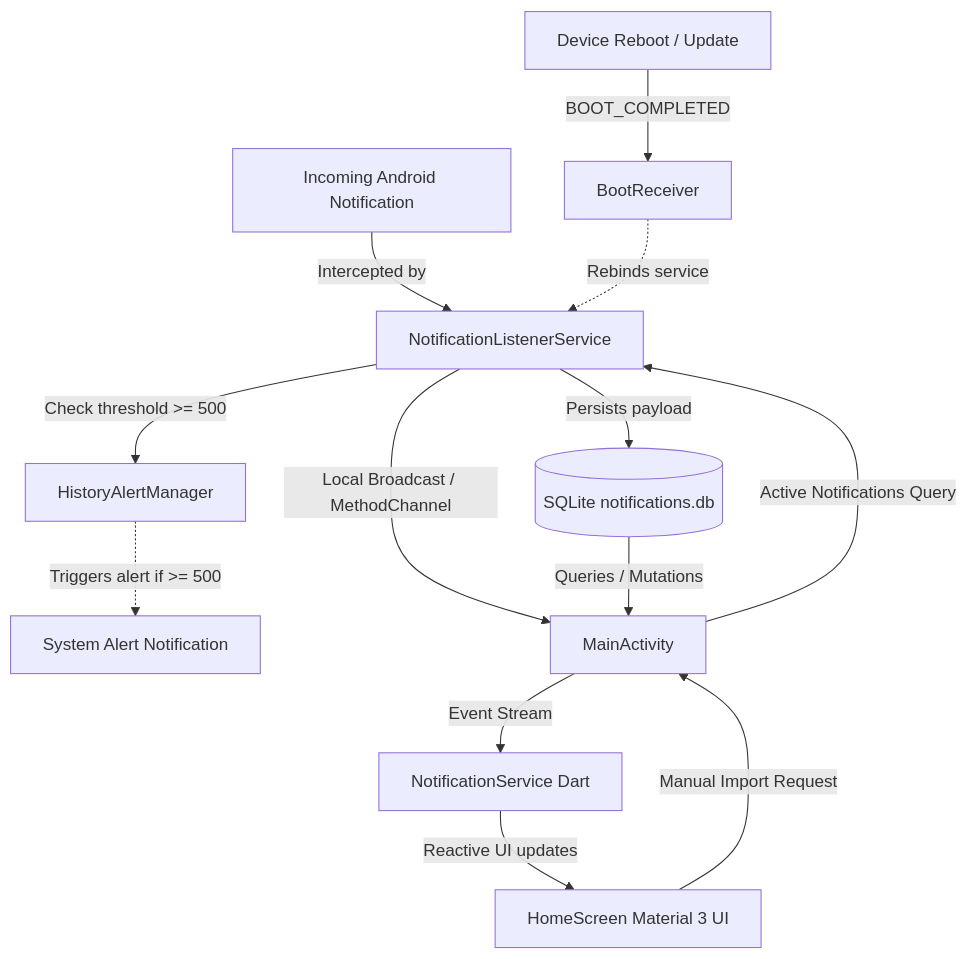
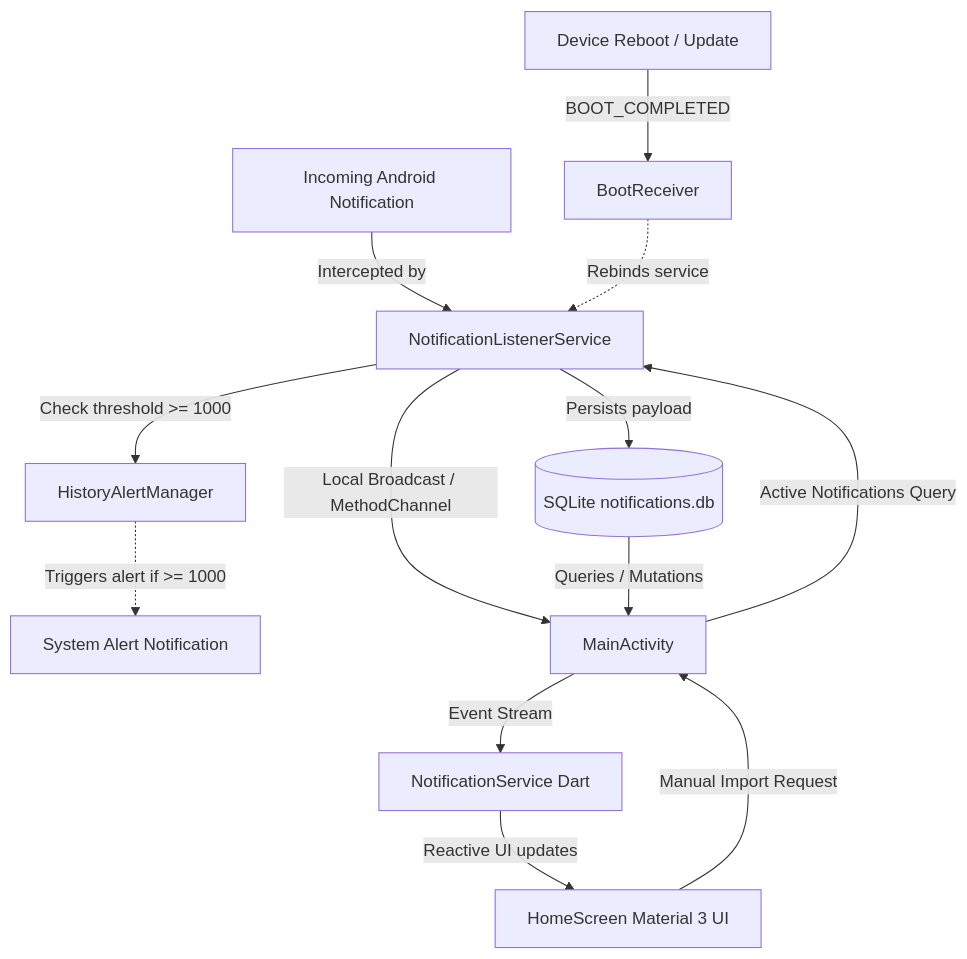
Before and after one commit to tkassila/fsavenotifications: the diagram in README.md, drawn with Mermaid. The commit also changed other lines of this file and 14 other files, not shown here.

````diff
--- a/README.md
+++ b/README.md
@@ -88,15 +89,15 @@
 ```mermaid
 graph TD
     A[Incoming Android Notification] -->|Intercepted by| B[NotificationListenerService]
     B -->|Persists payload| C[(SQLite notifications.db)]
-    B -->|Check threshold >= 500| D[HistoryAlertManager]
-    D -.->|Triggers alert if >= 500| E[System Alert Notification]
+    B -->|Check threshold >= 1000| D[HistoryAlertManager]
+    D -.->|Triggers alert if >= 1000| E[System Alert Notification]
     B -->|Local Broadcast / MethodChannel| F[MainActivity]
     F -->|Event Stream| G[NotificationService Dart]
     G -->|Reactive UI updates| H[HomeScreen Material 3 UI]
     C -->|Queries / Mutations| F
     I[Device Reboot / Update] -->|BOOT_COMPLETED| J[BootReceiver]
     J -.->|Rebinds service| B
     H -->|Manual Import Request| F
     F -->|Active Notifications Query| B
 ```
````
